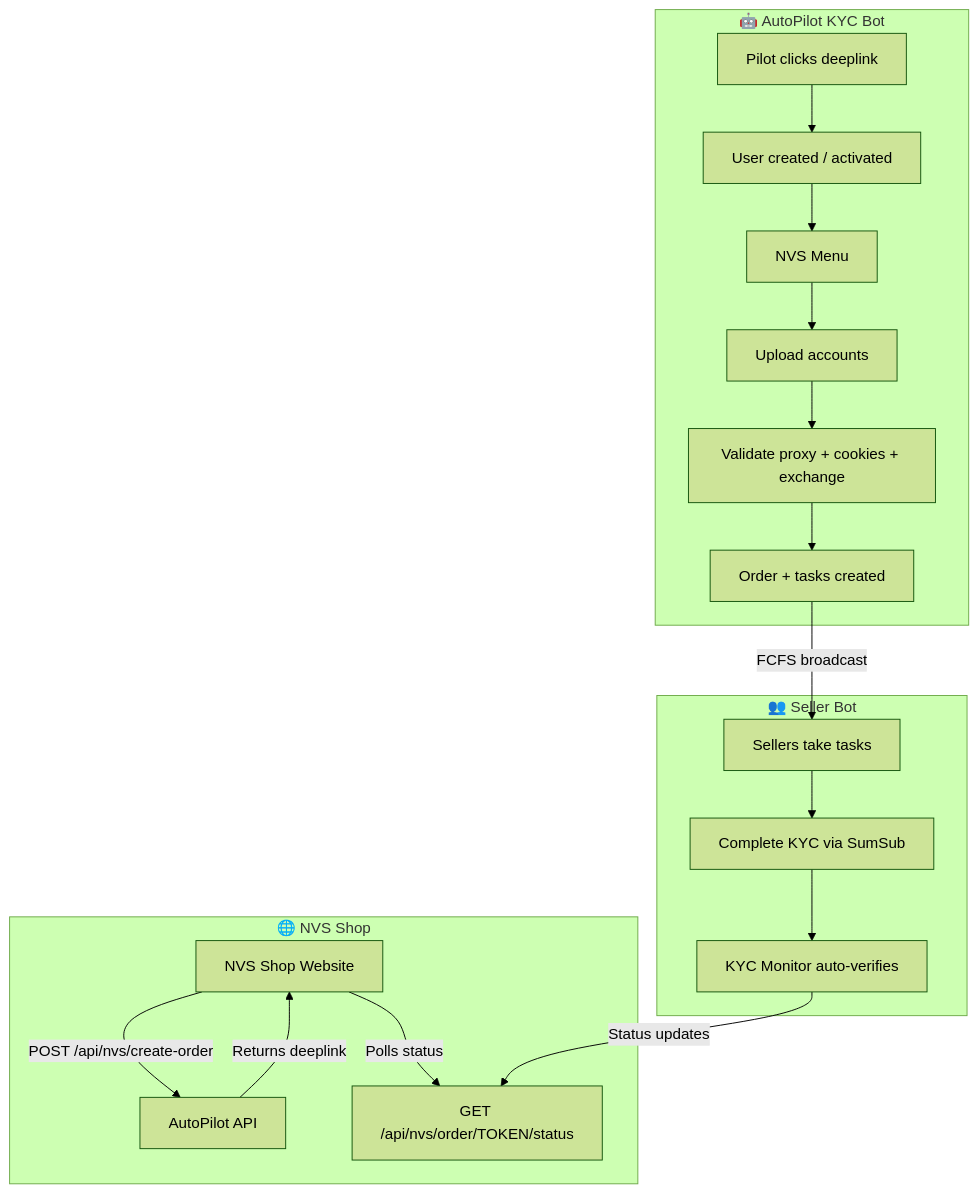
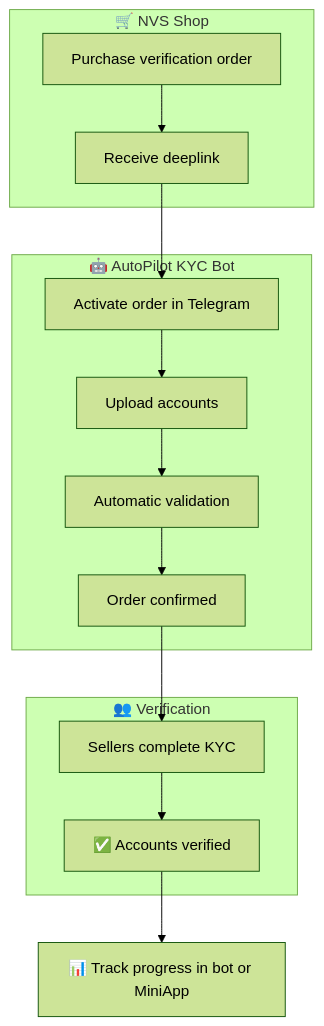
Before and after one commit to AutoPilotSoftware/docs: the first of 8 diagrams in src/content/docs/en/pilot-faq.md, drawn with Mermaid (forest theme). The commit also changed other lines of this file and 2 other files, not shown here.

First line of the commit message:
Simplify and localize all pilot-faq diagrams across RU/EN/UA

````diff
--- a/src/content/docs/en/pilot-faq.md
+++ b/src/content/docs/en/pilot-faq.md
@@ -74,24 +74,20 @@
 ```mermaid
 flowchart TD
-    subgraph External["🌐 NVS Shop"]
-        NS[NVS Shop Website] -->|"POST /api/nvs/create-order"| API[AutoPilot API]
-        API -->|"Returns deeplink"| NS
-        NS -->|"Polls status"| POLL["GET /api/nvs/order/TOKEN/status"]
+    subgraph Shop["🛒 NVS Shop"]
+        NS["Purchase verification order"] --> DL["Receive deeplink"]
     end
 
     subgraph Bot["🤖 AutoPilot KYC Bot"]
-        DL["Pilot clicks deeplink"] --> USR["User created / activated"]
-        USR --> MENU["NVS Menu"]
-        MENU --> UPLOAD["Upload accounts"]
-        UPLOAD --> VAL["Validate proxy + cookies + exchange"]
-        VAL --> ORD["Order + tasks created"]
+        DL --> ACT["Activate order in Telegram"]
+        ACT --> UPLOAD["Upload accounts"]
+        UPLOAD --> VAL["Automatic validation"]
+        VAL --> ORD["Order confirmed"]
     end
 
-    subgraph Sellers["👥 Seller Bot"]
-        ORD -->|"FCFS broadcast"| SEL["Sellers take tasks"]
-        SEL --> WORK["Complete KYC via SumSub"]
-        WORK --> MON["KYC Monitor auto-verifies"]
+    subgraph Work["👥 Verification"]
+        ORD --> SEL["Sellers complete KYC"]
+        SEL --> DONE["✅ Accounts verified"]
     end
 
-    MON -->|"Status updates"| POLL
+    DONE --> TRACK["📊 Track progress in bot or MiniApp"]
 ```
````
